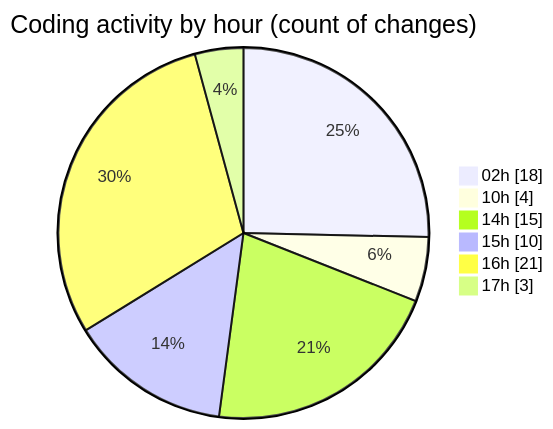
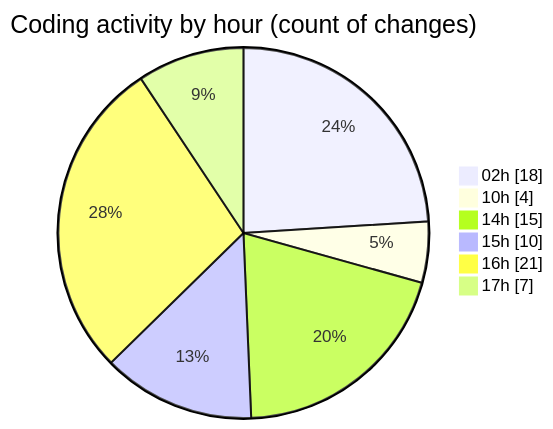
The second of 2 diagrams in 2025-10-15/eventscop-frontend-guide__workspace_/README.md (julien-gomy/code-tracking), drawn with Mermaid before and after one commit. The commit also changed other lines of this file and 1 other file, not shown here.

````diff
--- a/2025-10-15/eventscop-frontend-guide__workspace_/README.md
+++ b/2025-10-15/eventscop-frontend-guide__workspace_/README.md
@@ -48,10 +50,10 @@
 ```mermaid
 pie showData
 title Coding activity by hour (count of changes)
 "02h" : 18
 "10h" : 4
 "14h" : 15
 "15h" : 10
 "16h" : 21
-"17h" : 3
+"17h" : 7
 ```
````
